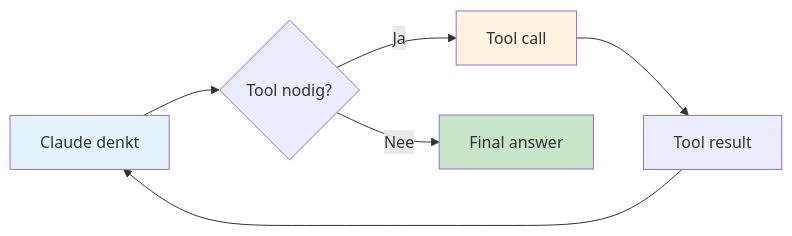
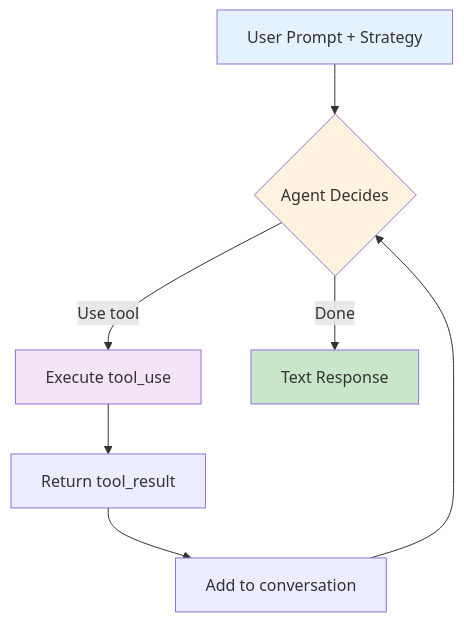
Before and after one commit to Joopsnijder/guest_search: the second of 3 diagrams in docs/presentations/tool-calling-explained/presentation.md, drawn with Mermaid. The commit also changed other lines of this file and 6 other files, not shown here.

First line of the commit message:
feat: Update tool-calling presentation to cover agent loop, tool calling, and memory

````diff
--- a/docs/presentations/tool-calling-explained/presentation.md
+++ b/docs/presentations/tool-calling-explained/presentation.md
@@ -363,12 +153,16 @@
 ```mermaid
-graph LR
-    A[Claude denkt] --> B{Tool nodig?}
-    B -->|Ja| C[Tool call]
-    C --> D[Tool result]
-    D --> A
-    B -->|Nee| E[Final answer]
+graph TB
+    Start[User Prompt + Strategy] --> Agent{Agent Decides}
 
-    style A fill:#e3f2fd
-    style C fill:#fff3e0
-    style E fill:#c8e6c9
+    Agent -->|Use tool| ToolCall[Execute tool_use]
+    ToolCall --> ToolResult[Return tool_result]
+    ToolResult --> AddToConv[Add to conversation]
+    AddToConv --> Agent
+
+    Agent -->|Done| End[Text Response]
+
+    style Start fill:#e3f2fd
+    style Agent fill:#fff3e0
+    style ToolCall fill:#f3e5f5
+    style End fill:#c8e6c9
 ```
````
